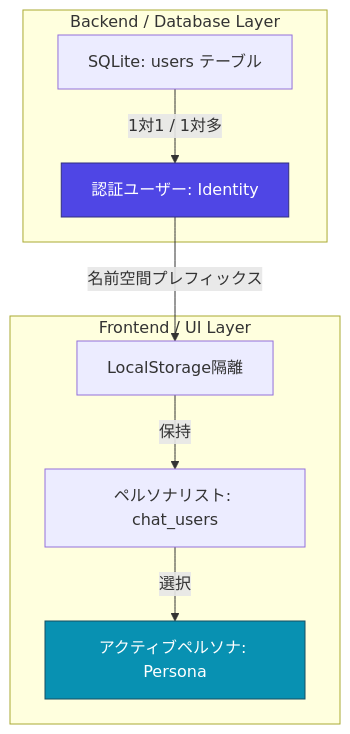
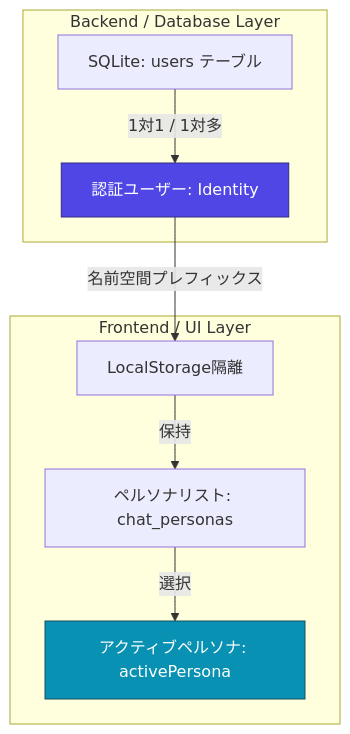
One commit to fdshg693/solid_chat_adk changed the diagram in docs/app/User_Management_Overview.md. Above: the diagram before and after it, drawn with Mermaid. The commit also changed other lines of this file and 11 other files, not shown here.

````diff
--- a/docs/app/User_Management_Overview.md
+++ b/docs/app/User_Management_Overview.md
@@ -13,15 +13,15 @@
 ```mermaid
 graph TD
     subgraph "Backend / Database Layer"
         U_DB[SQLite: users テーブル] -->|1対1 / 1対多| ID[認証ユーザー: Identity]
     end
 
     subgraph "Frontend / UI Layer"
         ID -->|名前空間プレフィックス| LS[LocalStorage隔離]
-        LS -->|保持| P_LIST[ペルソナリスト: chat_users]
-        P_LIST -->|選択| P_ACTIVE[アクティブペルソナ: Persona]
+        LS -->|保持| P_LIST[ペルソナリスト: chat_personas]
+        P_LIST -->|選択| P_ACTIVE[アクティブペルソナ: activePersona]
     end
 
     style ID fill:#4f46e5,stroke:#312e81,color:#fff
     style P_ACTIVE fill:#0891b2,stroke:#164e63,color:#fff
 ```
````
